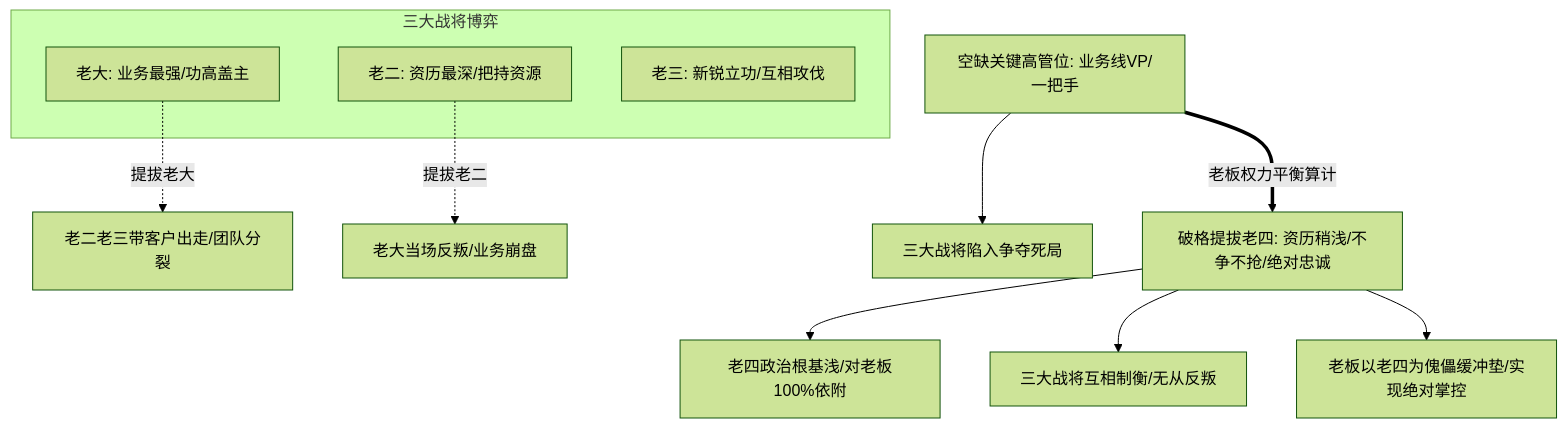
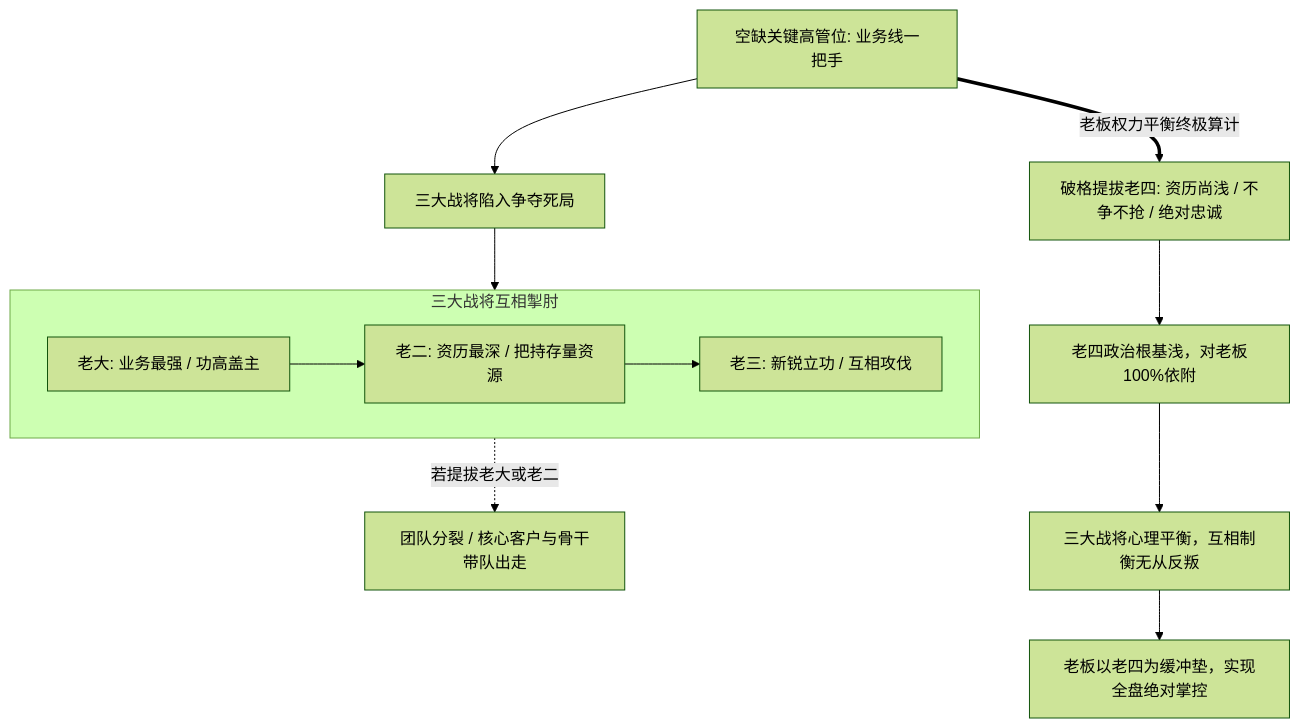
The first of 2 diagrams in content/live-20261012-laozeng-02.md (dollarser/knowledge), drawn with Mermaid (forest theme) before and after one commit. The commit also changed 10 other files, not shown here.

Commit message:
style: verticalize all mermaid diagrams and add mindmap architecture

````diff
--- a/content/live-20261012-laozeng-02.md
+++ b/content/live-20261012-laozeng-02.md
@@ -33,18 +33,20 @@
 ```mermaid
 flowchart TD
-    VPSeat[空缺关键高管位: 业务线VP/一把手] --> Contenders[三大战将陷入争夺死局]
+    VPSeat["空缺关键高管位: 业务线一把手"] --> Deadlock["三大战将陷入争夺死局"]
     
-    subgraph 三大战将博弈
-        Hero1[老大: 业务最强/功高盖主]
-        Hero2[老二: 资历最深/把持资源]
-        Hero3[老三: 新锐立功/互相攻伐]
+    subgraph Contenders["三大战将互相掣肘"]
+        Hero1["老大: 业务最强 / 功高盖主"]
+        Hero2["老二: 资历最深 / 把持存量资源"]
+        Hero3["老三: 新锐立功 / 互相攻伐"]
+        Hero1 --> Hero2 --> Hero3
     end
     
-    Hero1 -.->|提拔老大| Rebel1[老二老三带客户出走/团队分裂]
-    Hero2 -.->|提拔老二| Rebel2[老大当场反叛/业务崩盘]
+    Deadlock --> Contenders
     
-    VPSeat ==>|老板权力平衡算计| DarkHorse[破格提拔老四: 资历稍浅/不争不抢/绝对忠诚]
-    DarkHorse --> Balance1[老四政治根基浅/对老板100%依附]
-    DarkHorse --> Balance2[三大战将互相制衡/无从反叛]
-    DarkHorse --> Control[老板以老四为傀儡缓冲垫/实现绝对掌控]
+    Contenders -.->|若提拔老大或老二| Crisis["团队分裂 / 核心客户与骨干带队出走"]
+    
+    VPSeat ==>|老板权力平衡终极算计| DarkHorse["破格提拔老四: 资历尚浅 / 不争不抢 / 绝对忠诚"]
+    DarkHorse --> Balance1["老四政治根基浅，对老板100%依附"]
+    Balance1 --> Balance2["三大战将心理平衡，互相制衡无从反叛"]
+    Balance2 --> Control["老板以老四为缓冲垫，实现全盘绝对掌控"]
 ```
````
